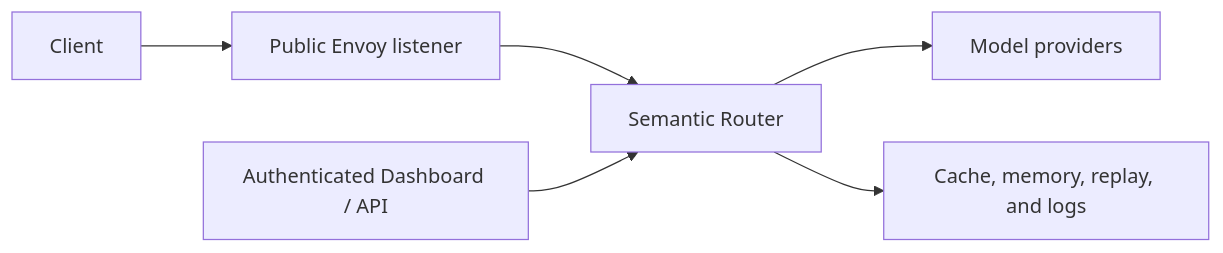
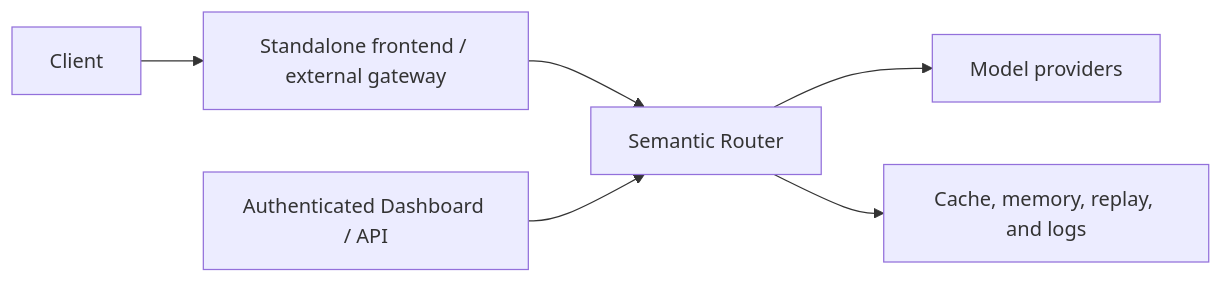
One commit to vllm-project/semantic-router changed the diagram in website/docs/installation/security-hardening.md. Above: the diagram before and after it, drawn with Mermaid. The commit also changed other lines of this file and 178 other files, not shown here.

Commit message:
docs: align architecture and guides with the modular runtime (#4775)

````diff
--- a/website/docs/installation/security-hardening.md
+++ b/website/docs/installation/security-hardening.md
@@ -18,8 +18,8 @@
 ```mermaid
 flowchart LR
-    Client["Client"] --> Listener["Public Envoy listener"]
+    Client["Client"] --> Listener["Standalone frontend / external gateway"]
     Listener --> Router["Semantic Router"]
     Router --> Provider["Model providers"]
     Admin["Authenticated Dashboard / API"] --> Router
     Router --> Stores["Cache, memory, replay, and logs"]
 ```
````
